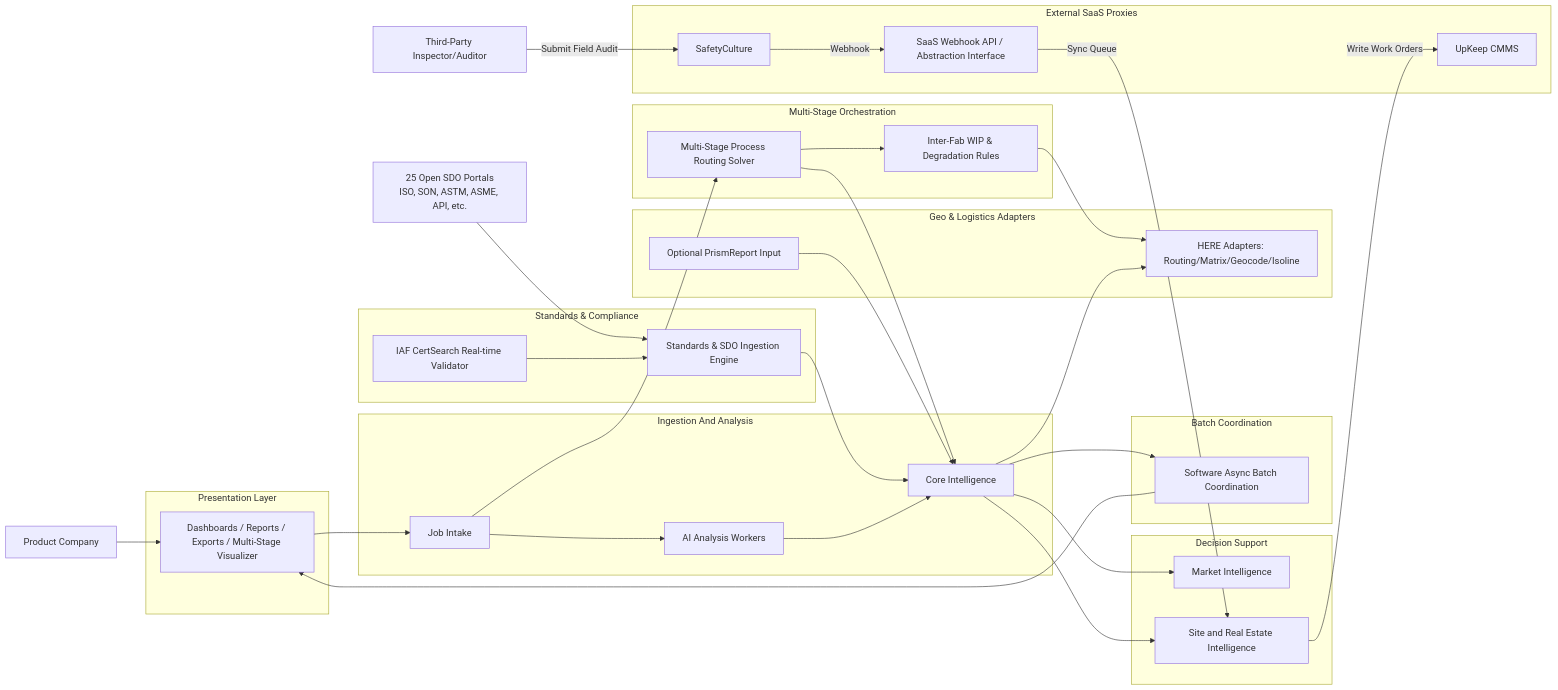
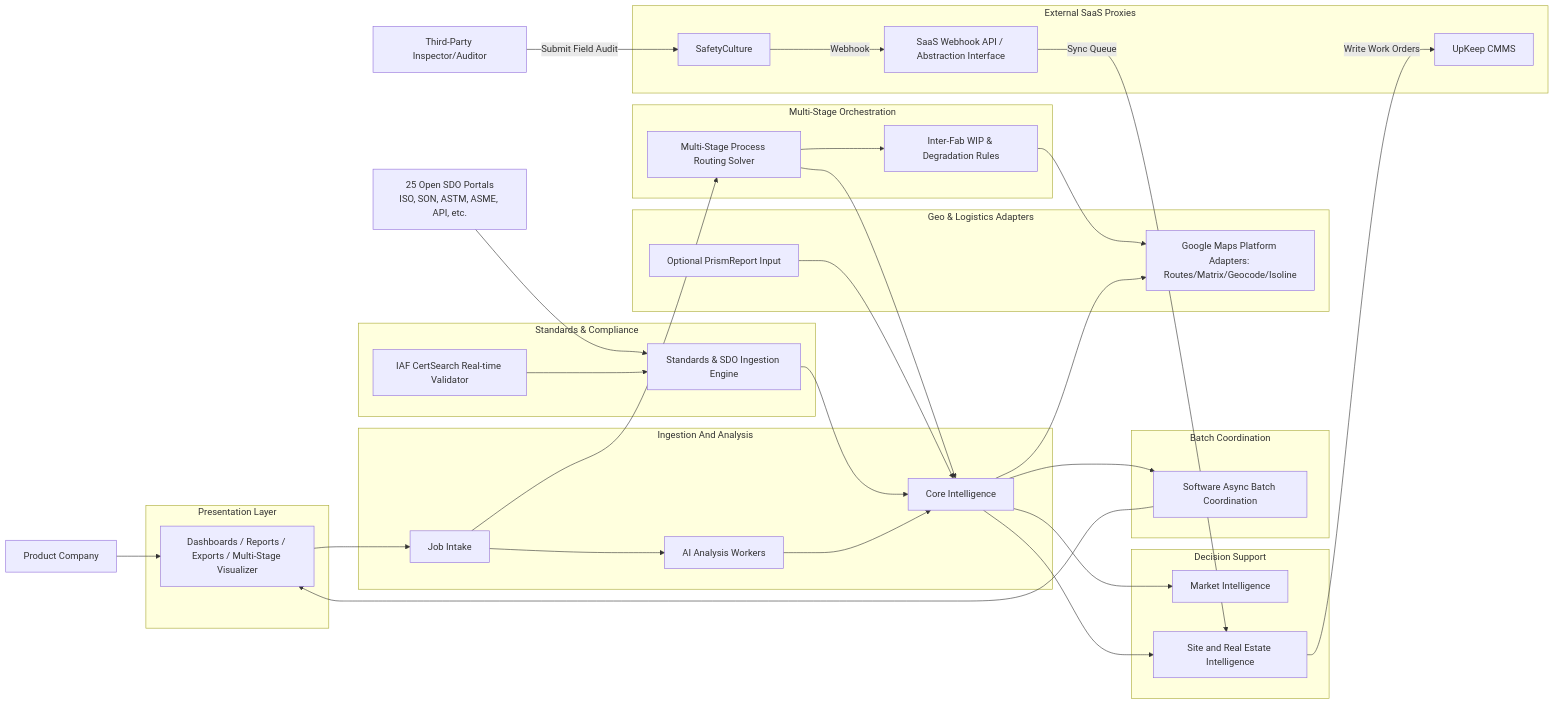
The first of 2 diagrams in docs/DFN_SERVICE_MAP.md (npc-chris/dfn-discovery), drawn with Mermaid before and after one commit. The commit also changed other lines of this file and 6 other files, not shown here.

Commit message:
docs: update architectural and planning docs for Google services and multi-stage routing

````diff
--- a/docs/DFN_SERVICE_MAP.md
+++ b/docs/DFN_SERVICE_MAP.md
@@ -38,69 +38,69 @@
 ```mermaid
 flowchart LR
  U[Product Company]
  IF[Third-Party Inspector/Auditor]
  SDO_Feeds[25 Open SDO Portals<br/>ISO, SON, ASTM, ASME, API, etc.]
 
  subgraph P[Presentation Layer]
   UI[Dashboards / Reports / Exports / Multi-Stage Visualizer]
  end
 
  subgraph I[Ingestion And Analysis]
   JI[Job Intake]
   AI[AI Analysis Workers]
   CI[Core Intelligence]
  end
 
  subgraph SDO[Standards & Compliance]
   SE[Standards & SDO Ingestion Engine]
   IAF_Val[IAF CertSearch Real-time Validator]
  end
 
  subgraph MSR[Multi-Stage Orchestration]
   DAG[Multi-Stage Process Routing Solver]
   WIP[Inter-Fab WIP & Degradation Rules]
  end
 
  subgraph B[Batch Coordination]
   BC[Software Async Batch Coordination]
  end
 
  subgraph D[Decision Support]
   MI[Market Intelligence]
   SR[Site and Real Estate Intelligence]
  end
 
  subgraph H[Geo & Logistics Adapters]
-  HR[HERE Adapters: Routing/Matrix/Geocode/Isoline]
+  HR[Google Maps Platform Adapters: Routes/Matrix/Geocode/Isoline]
   PR[Optional PrismReport Input]
  end
 
  subgraph E[External SaaS Proxies]
   UK[UpKeep CMMS]
   SC[SafetyCulture]
   API[SaaS Webhook API / Abstraction Interface]
  end
 
  U --> UI
  UI --> JI
  JI --> AI
  JI --> DAG
  SDO_Feeds --> SE
  IAF_Val --> SE
  SE --> CI
  DAG --> WIP
  WIP --> HR
  DAG --> CI
  AI --> CI
  CI --> HR
  PR --> CI
  CI --> MI
  CI --> SR
  CI --> BC
  BC --> UI
  
  IF -- Submit Field Audit --> SC
  SC -- Webhook --> API
  API -- Sync Queue --> SR
  SR -- Write Work Orders --> UK
 ```
````
